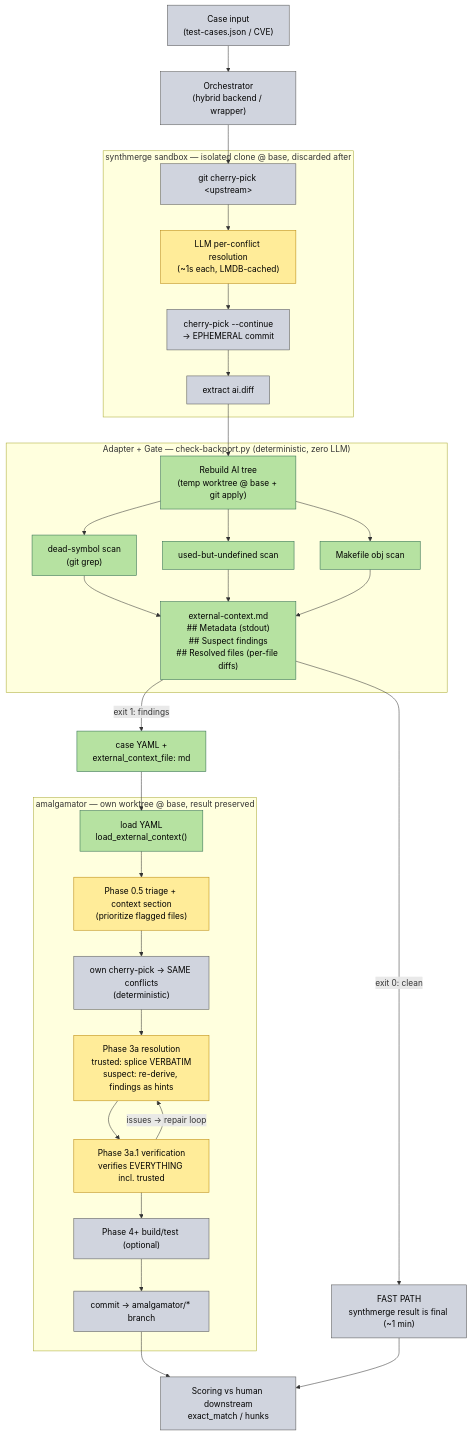
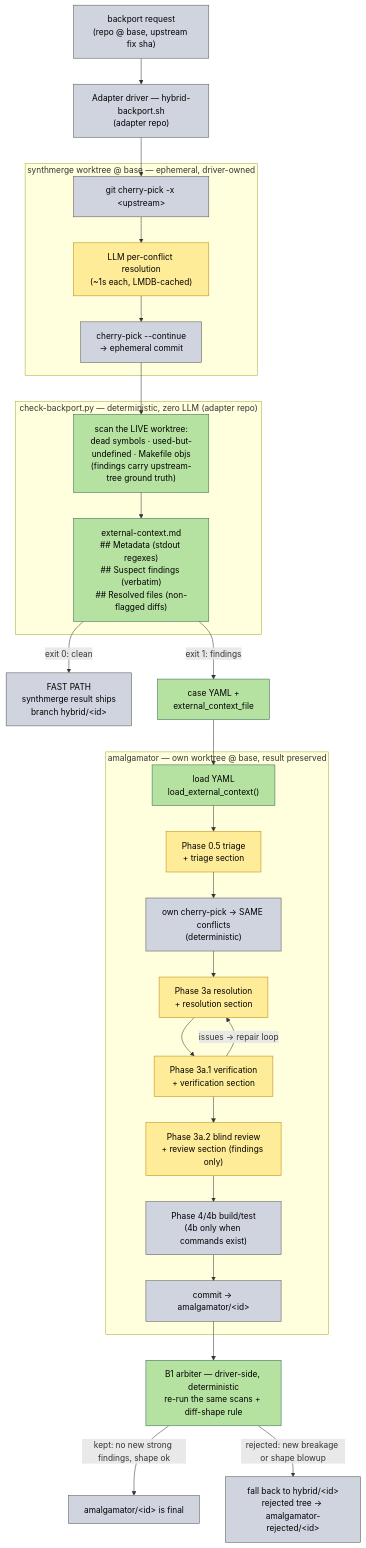
Before and after one commit to amalgamator-ai/amalgamator: the diagram in docs/external-context.md, drawn with Mermaid. The commit also changed other lines of this file, not shown here.

First line of the commit message:
docs: bring external-context.md up to date with the validated pipeline

````diff
--- a/docs/external-context.md
+++ b/docs/external-context.md
@@ -77,50 +143,49 @@
 ```mermaid
 flowchart TD
-    case["Case input<br/>(test-cases.json / CVE)"] --> orch["Orchestrator<br/>(hybrid backend / wrapper)"]
+    input["backport request<br/>(repo @ base, upstream fix sha)"]
+    input --> orch["Adapter driver — hybrid-backport.sh<br/>(adapter repo)"]
 
-    subgraph SM["synthmerge sandbox — isolated clone @ base, discarded after"]
-        cp["git cherry-pick &lt;upstream&gt;"]
+    subgraph SM["synthmerge worktree @ base — ephemeral, driver-owned"]
+        cp["git cherry-pick -x &lt;upstream&gt;"]
         resolve["LLM per-conflict resolution<br/>(~1s each, LMDB-cached)"]
-        smcommit["cherry-pick --continue<br/>→ EPHEMERAL commit"]
-        aidiff["extract ai.diff"]
-        cp --> resolve --> smcommit --> aidiff
+        smcommit["cherry-pick --continue<br/>→ ephemeral commit"]
+        cp --> resolve --> smcommit
     end
 
     orch --> cp
-    aidiff --> rebuild
 
-    subgraph AD["Adapter + Gate — check-backport.py (deterministic, zero LLM)"]
-        rebuild["Rebuild AI tree<br/>(temp worktree @ base + git apply)"]
-        scan1["dead-symbol scan<br/>(git grep)"]
-        scan2["used-but-undefined scan"]
-        scan3["Makefile obj scan"]
-        md["external-context.md<br/>## Metadata (stdout)<br/>## Suspect findings<br/>## Resolved files (per-file diffs)"]
-        rebuild --> scan1 & scan2 & scan3 --> md
+    subgraph GATE["check-backport.py — deterministic, zero LLM (adapter repo)"]
+        scan["scan the LIVE worktree:<br/>dead symbols · used-but-undefined · Makefile objs<br/>(findings carry upstream-tree ground truth)"]
+        md["external-context.md<br/>## Metadata (stdout regexes)<br/>## Suspect findings (verbatim)<br/>## Resolved files (non-flagged diffs)"]
+        scan --> md
     end
 
-    md -->|"exit 0: clean"| fast["FAST PATH<br/>synthmerge result is final (~1 min)"]
-    md -->|"exit 1: findings"| yaml["case YAML +<br/>external_context_file: md"]
+    smcommit --> scan
+    md -->|"exit 0: clean"| fast["FAST PATH<br/>synthmerge result ships<br/>branch hybrid/&lt;id&gt;"]
+    md -->|"exit 1: findings"| yaml["case YAML +<br/>external_context_file"]
 
     subgraph AM["amalgamator — own worktree @ base, result preserved"]
         load["load YAML<br/>load_external_context()"]
-        triage["Phase 0.5 triage + context section<br/>(prioritize flagged files)"]
+        triage["Phase 0.5 triage<br/>+ triage section"]
         amcp["own cherry-pick → SAME conflicts<br/>(deterministic)"]
-        p3a["Phase 3a resolution<br/>trusted: splice VERBATIM<br/>suspect: re-derive, findings as hints"]
-        p31["Phase 3a.1 verification<br/>verifies EVERYTHING incl. trusted"]
-        p4["Phase 4+ build/test (optional)"]
-        amcommit["commit → amalgamator/* branch"]
-        load --> triage --> amcp --> p3a --> p31 --> p4 --> amcommit
+        p3a["Phase 3a resolution<br/>+ resolution section"]
+        p31["Phase 3a.1 verification<br/>+ verification section"]
+        p32["Phase 3a.2 blind review<br/>+ review section (findings only)"]
+        p4["Phase 4/4b build/test<br/>(4b only when commands exist)"]
+        amcommit["commit → amalgamator/&lt;id&gt;"]
+        load --> triage --> amcp --> p3a --> p31 --> p32 --> p4 --> amcommit
         p31 -->|"issues → repair loop"| p3a
     end
 
     yaml --> load
-    amcommit --> score["Scoring vs human downstream<br/>exact_match / hunks"]
-    fast --> score
+    amcommit --> arb["B1 arbiter — driver-side, deterministic<br/>re-run the same scans + diff-shape rule"]
+    arb -->|"kept: no new strong findings, shape ok"| out1["amalgamator/&lt;id&gt; is final"]
+    arb -->|"rejected: new breakage or shape blowup"| out2["fall back to hybrid/&lt;id&gt;<br/>rejected tree → amalgamator-rejected/&lt;id&gt;"]
 
     classDef llm fill:#ffec99,stroke:#b8860b,color:#000
     classDef det fill:#b6e2a1,stroke:#2d6a4f,color:#000
     classDef gitn fill:#d0d4de,stroke:#555,color:#000
-    class resolve,triage,p3a,p31 llm
-    class scan1,scan2,scan3,md,rebuild,yaml,load det
-    class cp,smcommit,aidiff,amcp,p4,amcommit,fast,score,orch,case gitn
+    class resolve,triage,p3a,p31,p32 llm
+    class scan,md,yaml,load,arb det
+    class input,orch,cp,smcommit,amcp,p4,amcommit,fast,out1,out2 gitn
 ```
````
